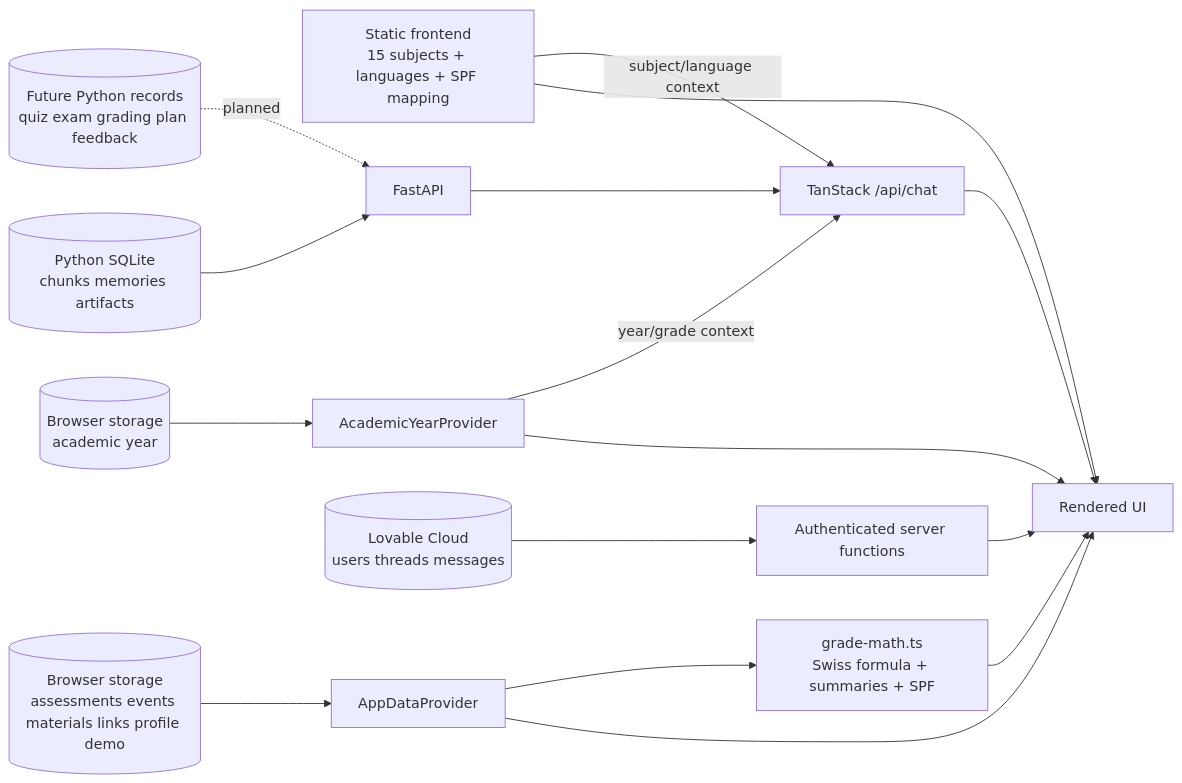
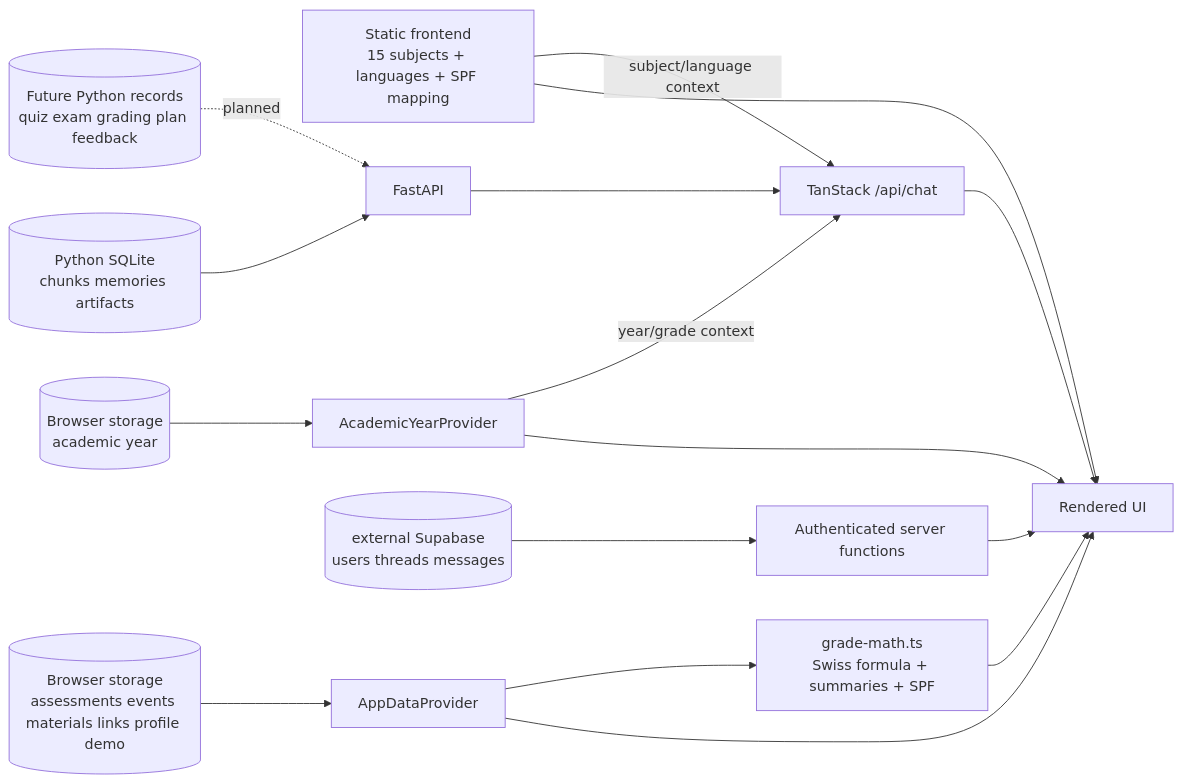
The diagram in lovabledocs/wireframes/04-state-ownership.mmd (keyshavmor/study-swiss-star), drawn with Mermaid before and after one commit. The commit also changed 13 other files, not shown here.

```diff
--- a/lovabledocs/wireframes/04-state-ownership.mmd
+++ b/lovabledocs/wireframes/04-state-ownership.mmd
@@ -1,16 +1,16 @@
 flowchart LR
   Static[Static frontend\n15 subjects + languages + SPF mapping] --> UI[Rendered UI]
   Local[(Browser storage\nassessments events materials links profile demo)] --> AppData[AppDataProvider]
   AppData --> UI
   AppData --> Grade[grade-math.ts\nSwiss formula + summaries + SPF]
   Grade --> UI
   Year[(Browser storage\nacademic year)] --> Academic[AcademicYearProvider]
   Academic --> UI
-  Cloud[(Lovable Cloud\nusers threads messages)] --> ServerFns[Authenticated server functions]
+  Cloud[(external Supabase\nusers threads messages)] --> ServerFns[Authenticated server functions]
   ServerFns --> UI
   Python[(Python SQLite\nchunks memories artifacts)] --> FastAPI[FastAPI]
   FastAPI --> ChatAPI[TanStack /api/chat]
   ChatAPI --> UI
   Static -->|subject/language context| ChatAPI
   Academic -->|year/grade context| ChatAPI
   Future[(Future Python records\nquiz exam grading plan feedback)] -. planned .-> FastAPI
```
